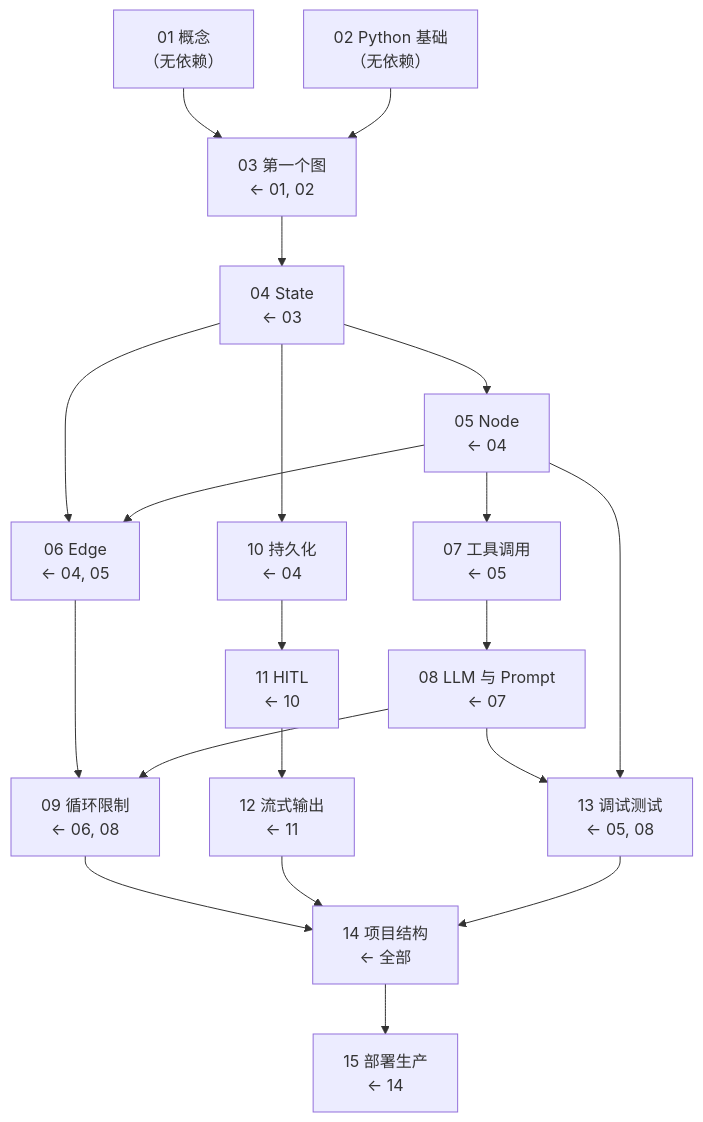
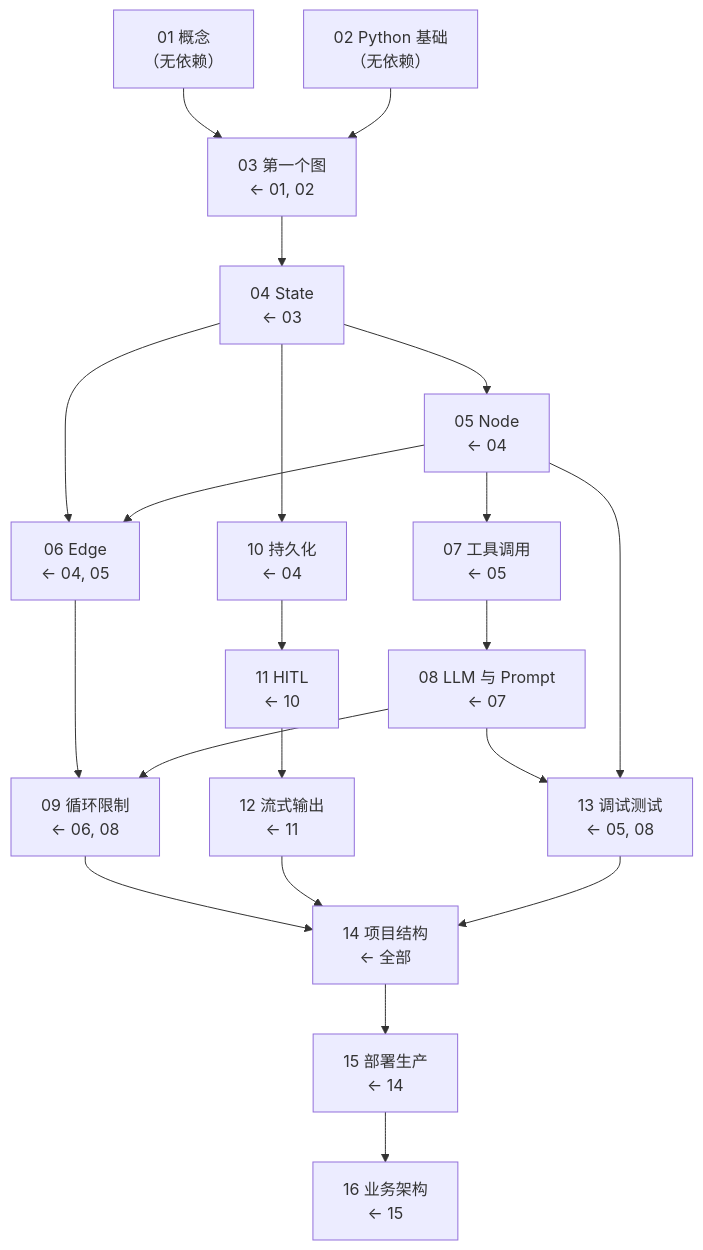
One commit to sealzrt/2026-08--agent changed the second of 2 diagrams in ai-agent学习/06.LangGraph入门/学习地图.md. Above: the diagram before and after it, drawn with Mermaid. The commit also changed other lines of this file and 16 other files, not shown here.

````diff
--- a/ai-agent学习/06.LangGraph入门/学习地图.md
+++ b/ai-agent学习/06.LangGraph入门/学习地图.md
@@ -39,38 +40,40 @@
 ```mermaid
 flowchart TB
     01["01 概念<br/>（无依赖）"]
     02["02 Python 基础<br/>（无依赖）"]
     03["03 第一个图<br/>← 01, 02"]
     04["04 State<br/>← 03"]
     05["05 Node<br/>← 04"]
     06["06 Edge<br/>← 04, 05"]
     07["07 工具调用<br/>← 05"]
     08["08 LLM 与 Prompt<br/>← 07"]
     09["09 循环限制<br/>← 06, 08"]
     10["10 持久化<br/>← 04"]
     11["11 HITL<br/>← 10"]
     12["12 流式输出<br/>← 11"]
     13["13 调试测试<br/>← 05, 08"]
     14["14 项目结构<br/>← 全部"]
     15["15 部署生产<br/>← 14"]
+    16["16 业务架构<br/>← 15"]
 
     01 --> 03
     02 --> 03
     03 --> 04
     04 --> 05
     04 --> 06
     05 --> 06
     05 --> 07
     06 --> 09
     07 --> 08
     08 --> 09
     08 --> 13
     04 --> 10
     10 --> 11
     11 --> 12
     05 --> 13
     09 --> 14
     12 --> 14
     13 --> 14
     14 --> 15
+    15 --> 16
 ```
````
